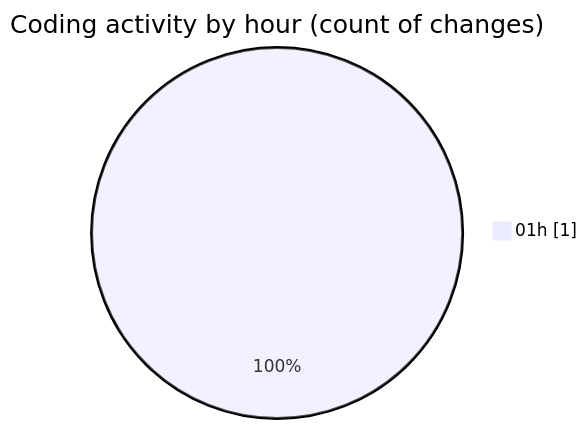
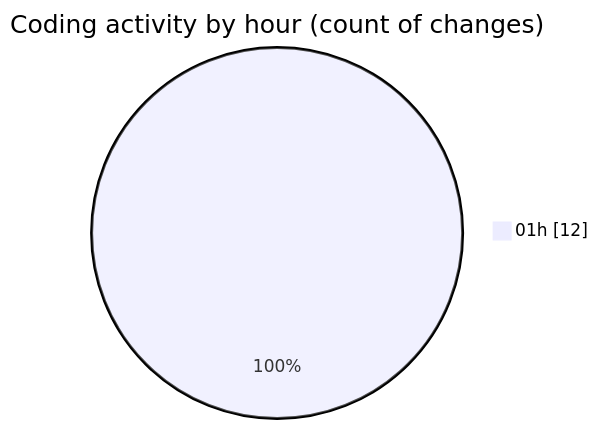
The second of 2 diagrams in 2025-10-25/skintrack/README.md (Netris89/code-tracking), drawn with Mermaid before and after one commit. The commit also changed other lines of this file and 1 other file, not shown here.

````diff
--- a/2025-10-25/skintrack/README.md
+++ b/2025-10-25/skintrack/README.md
@@ -28,5 +30,5 @@
 ```mermaid
 pie showData
 title Coding activity by hour (count of changes)
-"01h" : 1
+"01h" : 12
 ```
````
